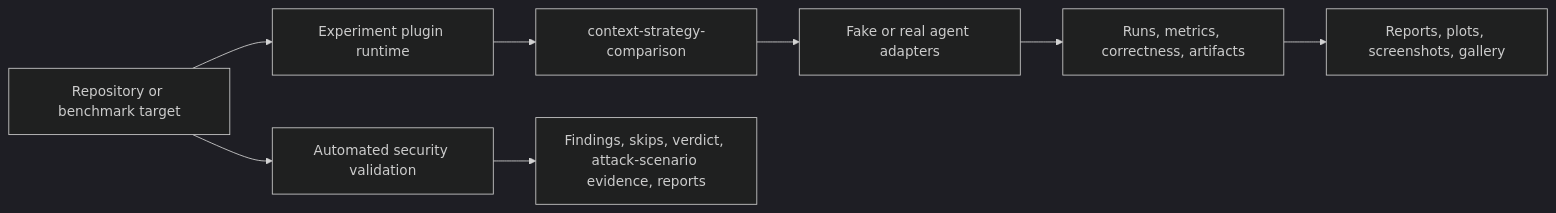
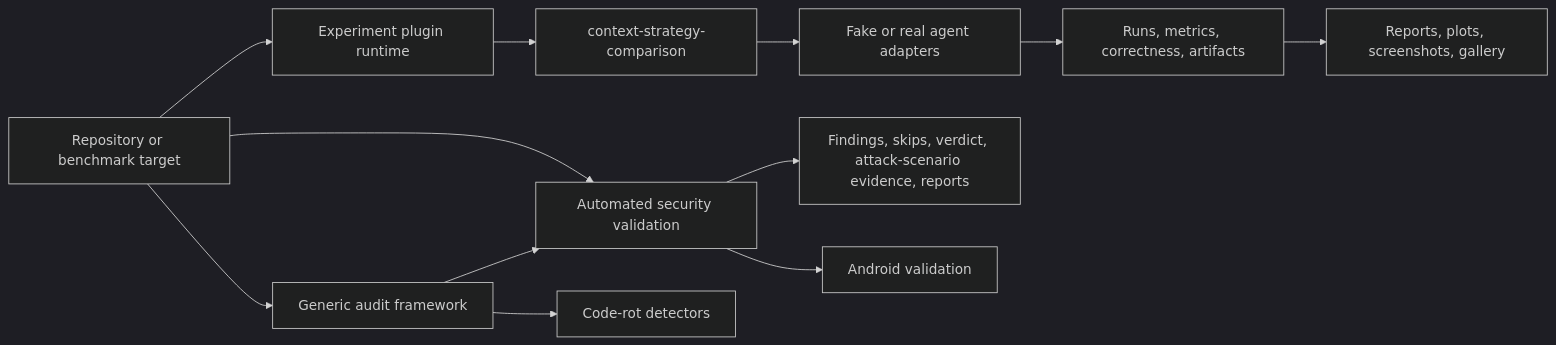
Before and after one commit to dailephd/my-dev-kit-lab: the diagram in docs/PROJECT_OVERVIEW.md, drawn with Mermaid (dark theme). The commit also changed other lines of this file and 5 other files, not shown here.

````diff
--- a/docs/PROJECT_OVERVIEW.md
+++ b/docs/PROJECT_OVERVIEW.md
@@ -33,11 +31,16 @@
 ```mermaid
 flowchart LR
   Target[Repository or benchmark target] --> Experiment[Experiment plugin runtime]
   Experiment --> Plugin[context-strategy-comparison]
   Plugin --> Agents[Fake or real agent adapters]
   Agents --> Evidence[Runs, metrics, correctness, artifacts]
   Evidence --> Reports[Reports, plots, screenshots, gallery]
 
   Target --> Security[Automated security validation]
   Security --> SecurityEvidence[Findings, skips, verdict, attack-scenario evidence, reports]
+  Security --> Android[Android validation]
+
+  Target --> Audit[Generic audit framework]
+  Audit --> CodeRot[Code-rot detectors]
+  Audit --> Security
 ```
````
